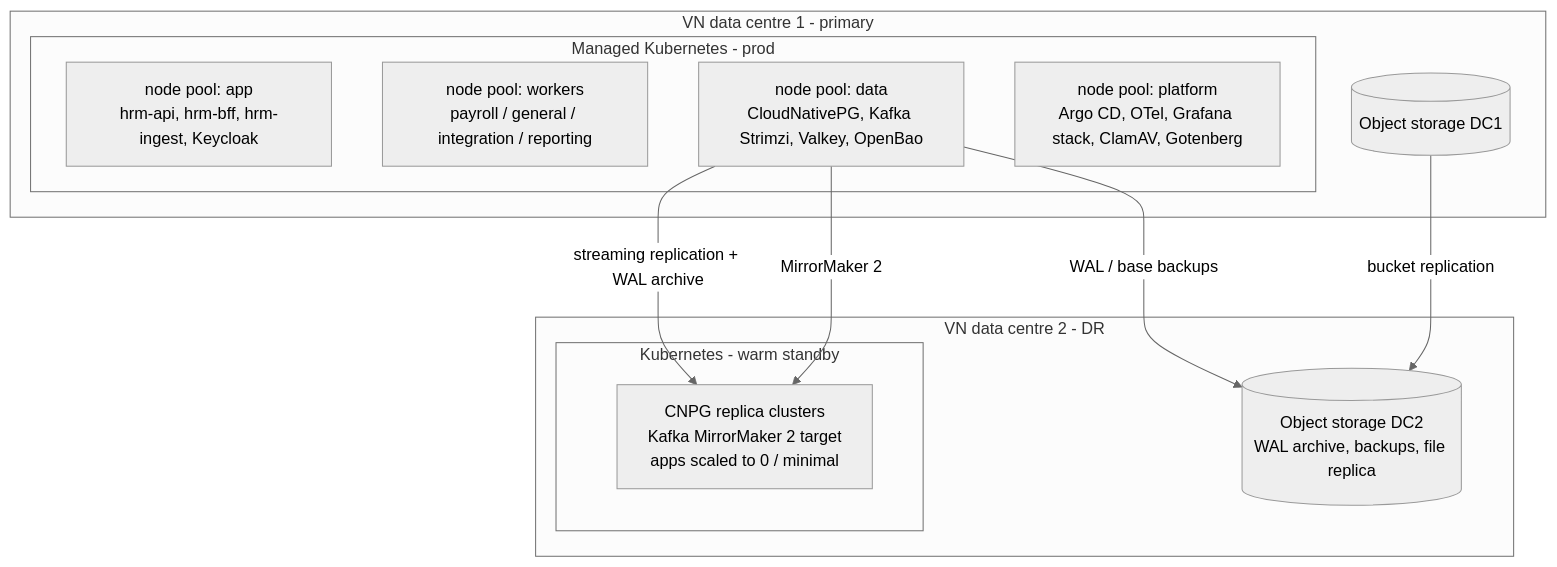
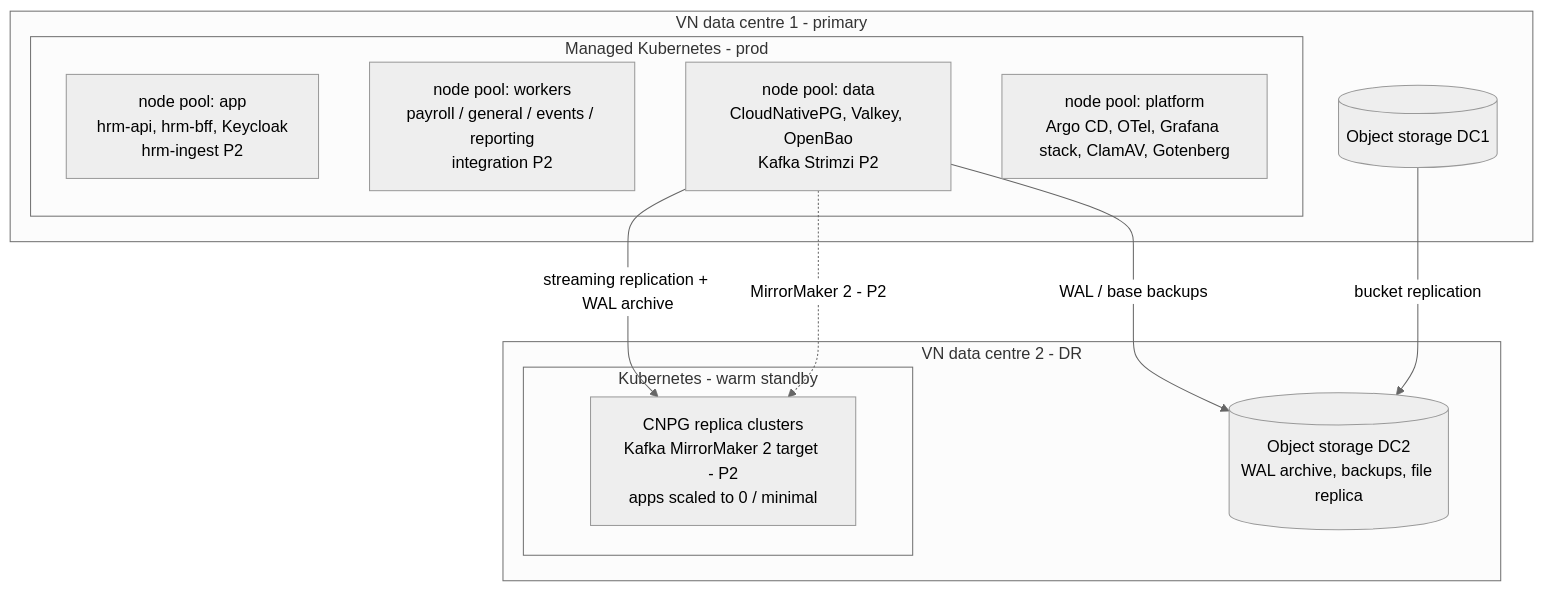
One commit to triluu-gms/YourHRM changed diagram 12 of 12 in docs/02-architecture/architecture-overview.md. Above: the diagram before and after it, drawn with Mermaid (neutral theme). The commit also changed other lines of this file and 30 other files, not shown here.

First line of the commit message:
Apply round 2 decisions across BRDs, gap analysis and architecture

````diff
--- a/docs/02-architecture/architecture-overview.md
+++ b/docs/02-architecture/architecture-overview.md
@@ -886,22 +922,22 @@
 ```mermaid
 flowchart TB
   subgraph DC1[VN data centre 1 - primary]
     subgraph K1[Managed Kubernetes - prod]
-      NPa[node pool: app<br/>hrm-api, hrm-bff, hrm-ingest, Keycloak]
-      NPw[node pool: workers<br/>payroll / general / integration / reporting]
-      NPd[node pool: data<br/>CloudNativePG, Kafka Strimzi, Valkey, OpenBao]
+      NPa[node pool: app<br/>hrm-api, hrm-bff, Keycloak<br/>hrm-ingest P2]
+      NPw[node pool: workers<br/>payroll / general / events / reporting<br/>integration P2]
+      NPd[node pool: data<br/>CloudNativePG, Valkey, OpenBao<br/>Kafka Strimzi P2]
       NPo[node pool: platform<br/>Argo CD, OTel, Grafana stack, ClamAV, Gotenberg]
     end
     OBJ1[(Object storage DC1)]
   end
   subgraph DC2[VN data centre 2 - DR]
     subgraph K2[Kubernetes - warm standby]
-      R2[CNPG replica clusters<br/>Kafka MirrorMaker 2 target<br/>apps scaled to 0 / minimal]
+      R2[CNPG replica clusters<br/>Kafka MirrorMaker 2 target - P2<br/>apps scaled to 0 / minimal]
     end
     OBJ2[(Object storage DC2<br/>WAL archive, backups, file replica)]
   end
   NPd -- streaming replication + WAL archive --> R2
   NPd -- WAL / base backups --> OBJ2
   OBJ1 -- bucket replication --> OBJ2
-  NPd -- MirrorMaker 2 --> R2
+  NPd -. MirrorMaker 2 - P2 .-> R2
 ```
````
